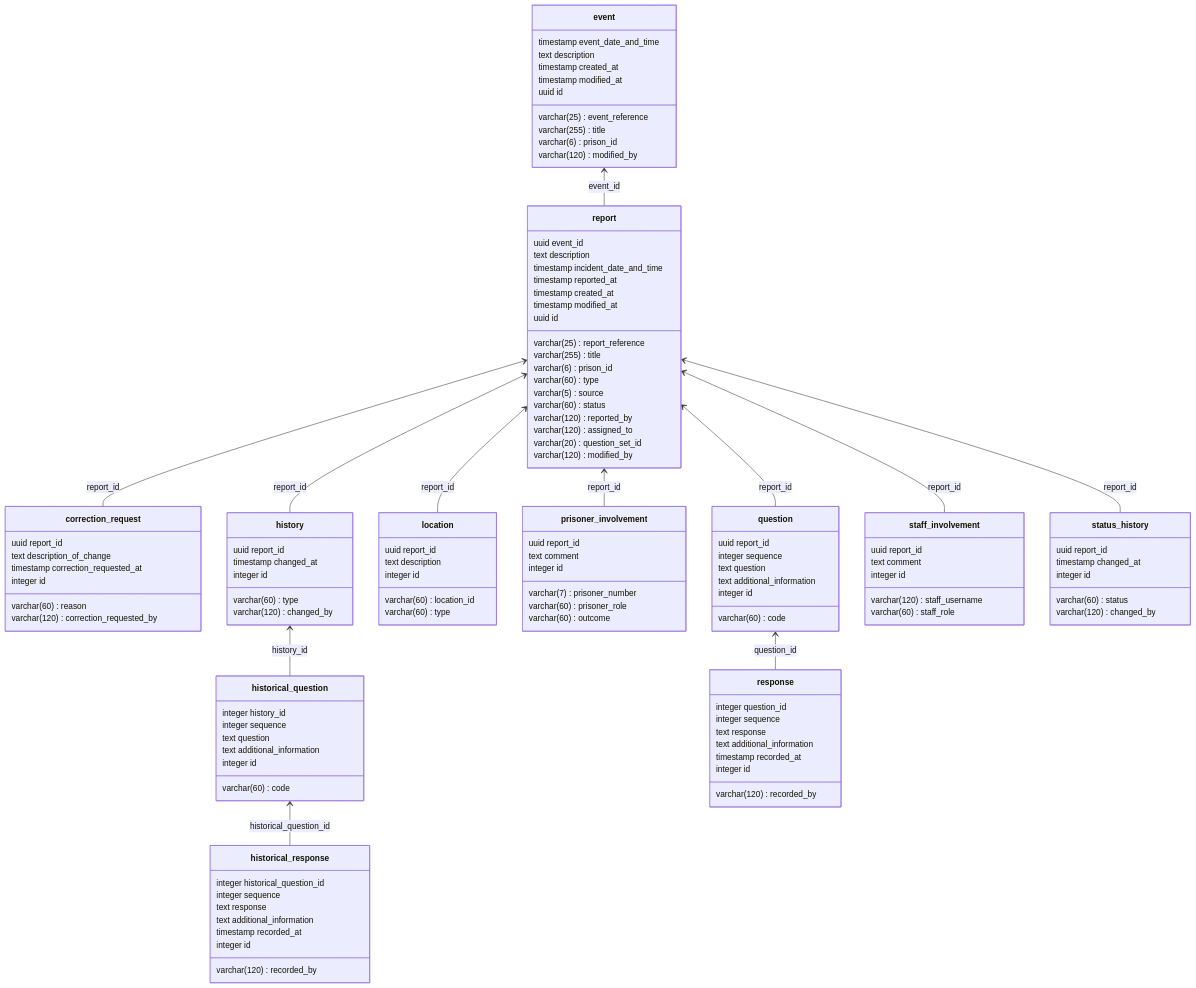
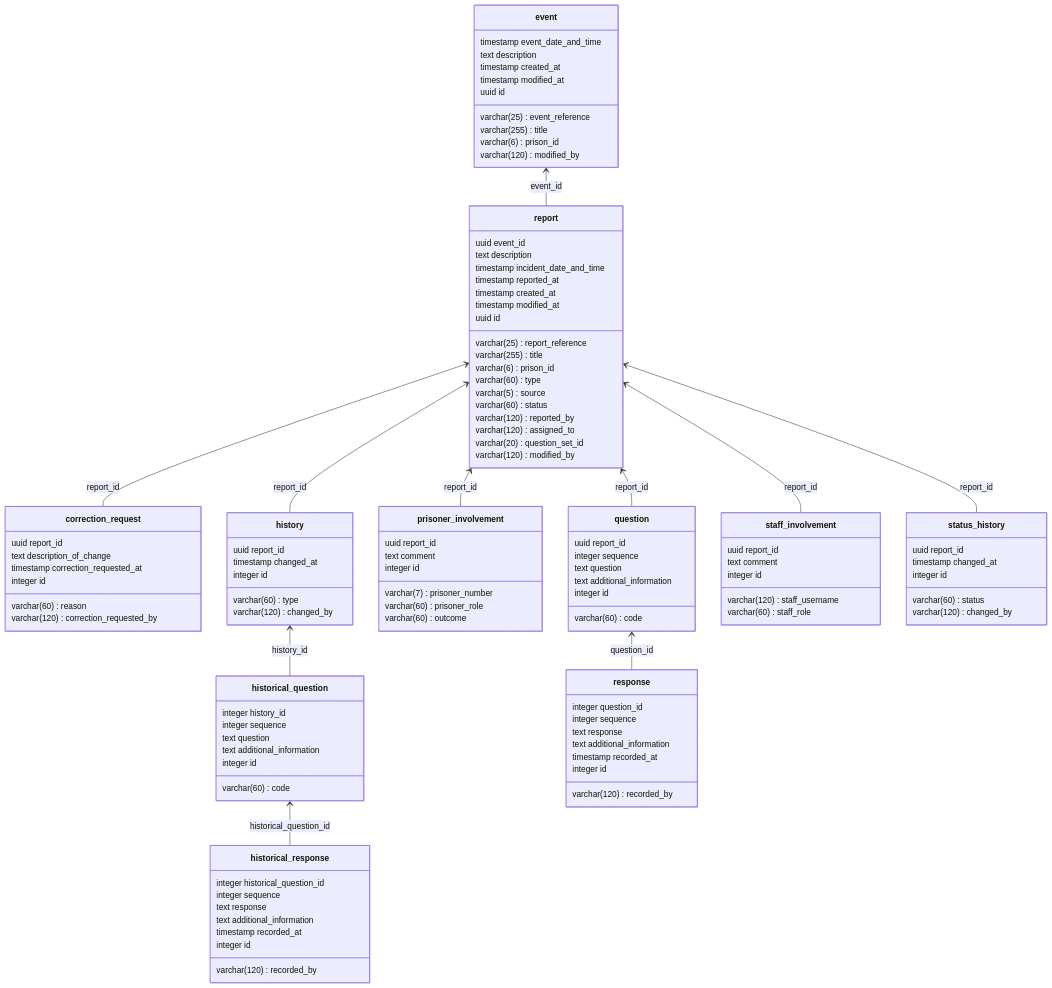
Before and after one commit to ministryofjustice/hmpps-incident-reporting-api: the second of 2 diagrams in docs/0004-modeling-irs.md, drawn with Mermaid. The commit also changed other lines of this file and 28 other files, not shown here.

```diff
--- a/docs/0004-modeling-irs.md
+++ b/docs/0004-modeling-irs.md
@@ -171,13 +164,6 @@
         varchar(60) type
         timestamp changed_at
         varchar(120) changed_by
-        integer id
-    }
-    class location {
-        uuid report_id
-        varchar(60) location_id
-        varchar(60) type
-        text description
         integer id
     }
     class prisoner_involvement {
@@ -243,7 +229,6 @@
 historical_question  -->  history : history_id
 historical_response  -->  historical_question : historical_question_id
 history  -->  report : report_id
-location  -->  report : report_id
 prisoner_involvement  -->  report : report_id
 question  -->  report : report_id
 report  -->  event : event_id
```
